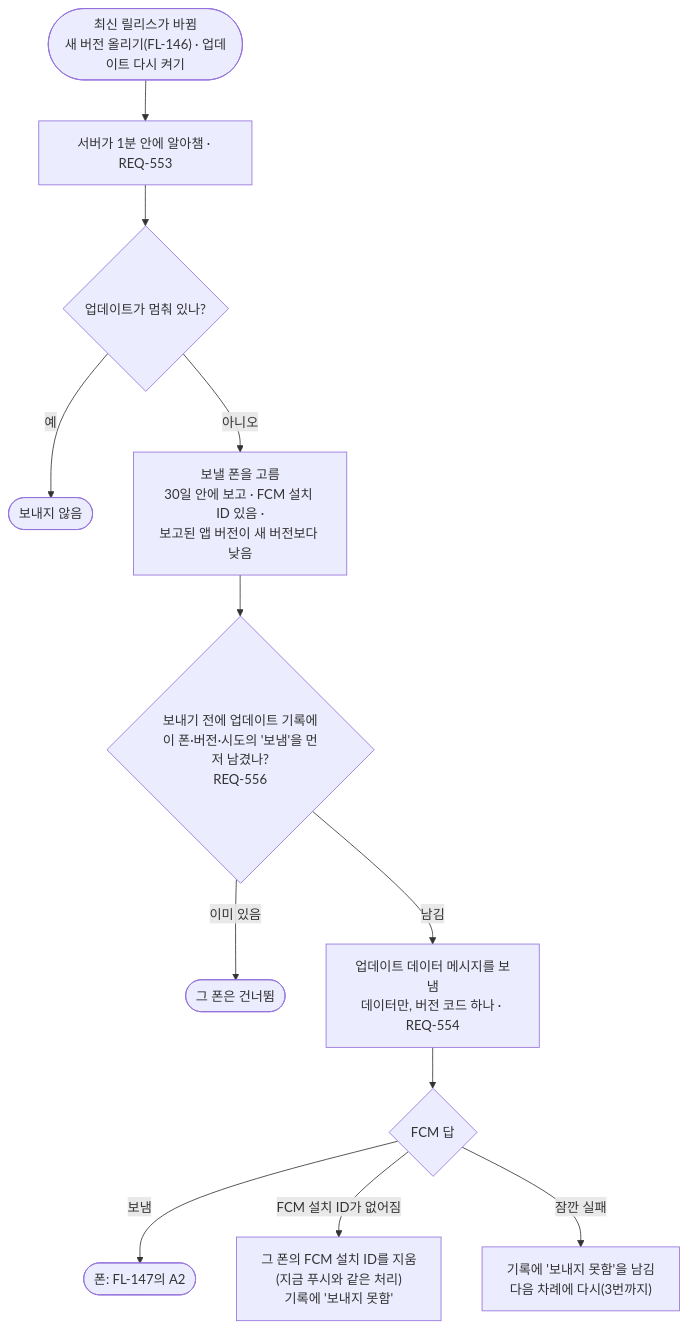
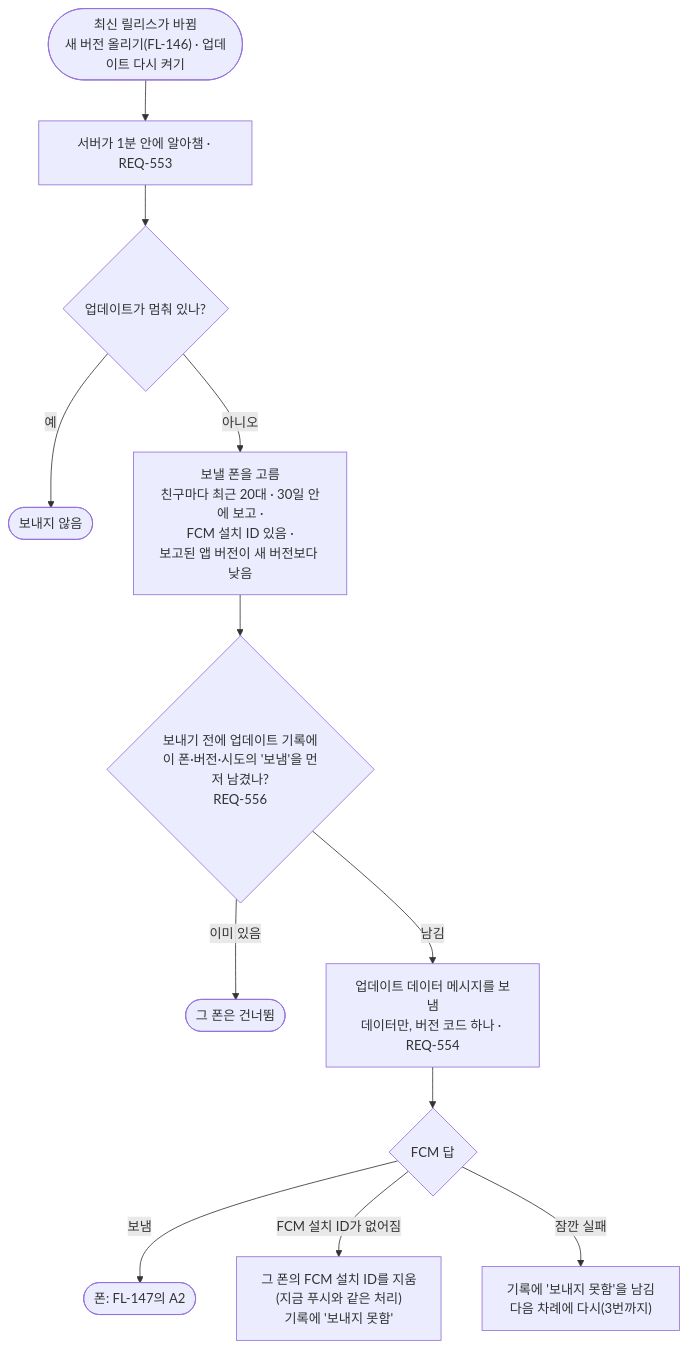
Before and after one commit to kodonghui/marong2: the diagram in docs/03-user-flow/FL-193-app-update-wake.md, drawn with Mermaid. The commit also changed other lines of this file and 9 other files, not shown here.

````diff
--- a/docs/03-user-flow/FL-193-app-update-wake.md
+++ b/docs/03-user-flow/FL-193-app-update-wake.md
@@ -9,14 +9,14 @@
 ```mermaid
 flowchart TD
   A(["최신 릴리스가 바뀜<br/>새 버전 올리기(FL-146) · 업데이트 다시 켜기"]) --> B["서버가 1분 안에 알아챔 · REQ-553"]
   B --> C{"업데이트가 멈춰 있나?"}
   C -->|예| Z(["보내지 않음"])
-  C -->|아니오| D["보낼 폰을 고름<br/>30일 안에 보고 · FCM 설치 ID 있음 ·<br/>보고된 앱 버전이 새 버전보다 낮음"]
+  C -->|아니오| D["보낼 폰을 고름<br/>친구마다 최근 20대 · 30일 안에 보고 ·<br/>FCM 설치 ID 있음 ·<br/>보고된 앱 버전이 새 버전보다 낮음"]
   D --> E{"보내기 전에 업데이트 기록에<br/>이 폰·버전·시도의 '보냄'을 먼저 남겼나?<br/>REQ-556"}
   E -->|"이미 있음"| Z2(["그 폰은 건너뜀"])
   E -->|"남김"| F["업데이트 데이터 메시지를 보냄<br/>데이터만, 버전 코드 하나 · REQ-554"]
   F --> G{"FCM 답"}
   G -->|보냄| K(["폰: FL-147의 A2"])
   G -->|"FCM 설치 ID가 없어짐"| I["그 폰의 FCM 설치 ID를 지움<br/>(지금 푸시와 같은 처리)<br/>기록에 '보내지 못함'"]
   G -->|"잠깐 실패"| J["기록에 '보내지 못함'을 남김<br/>다음 차례에 다시(3번까지)"]
 ```
````
